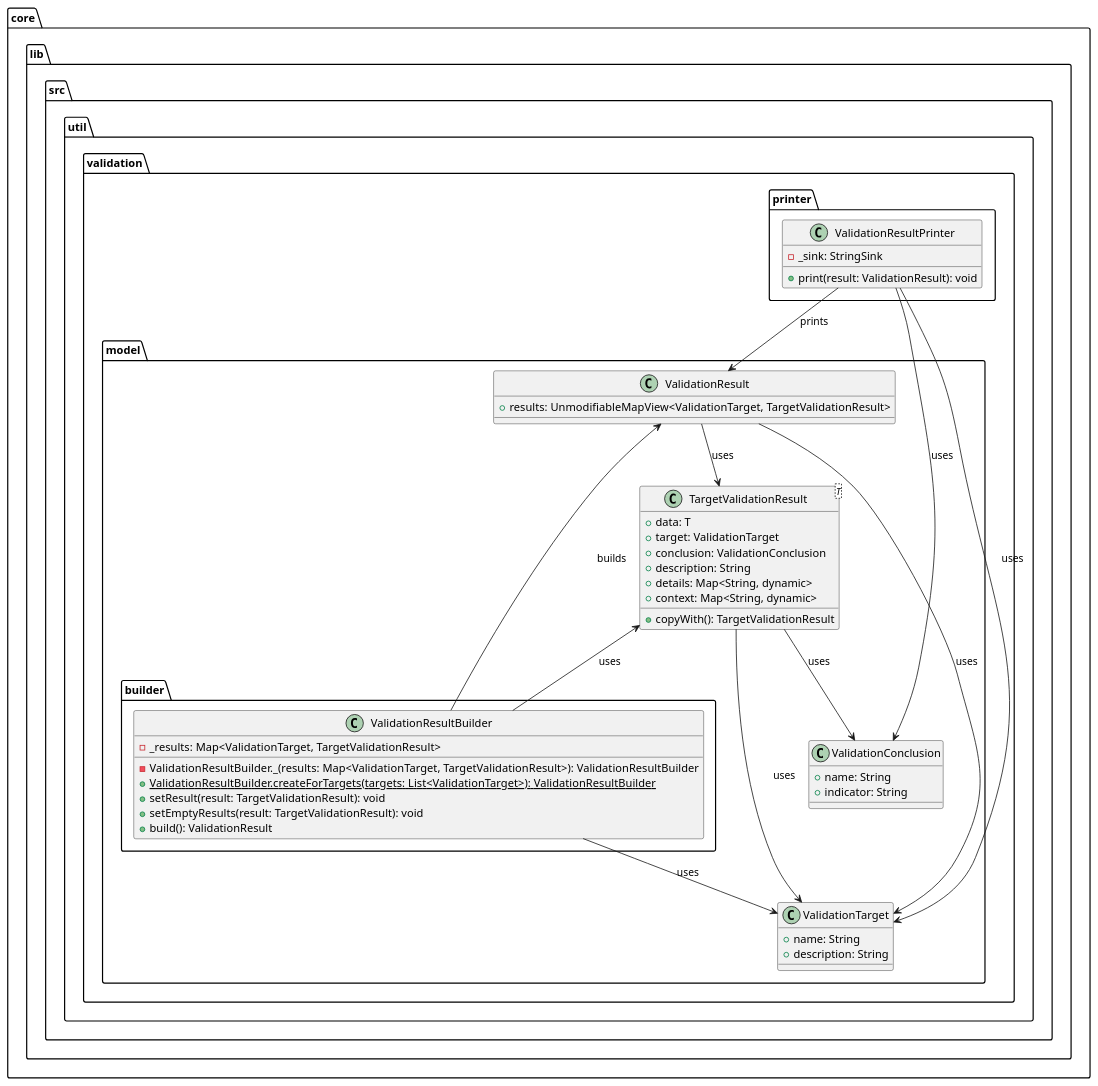
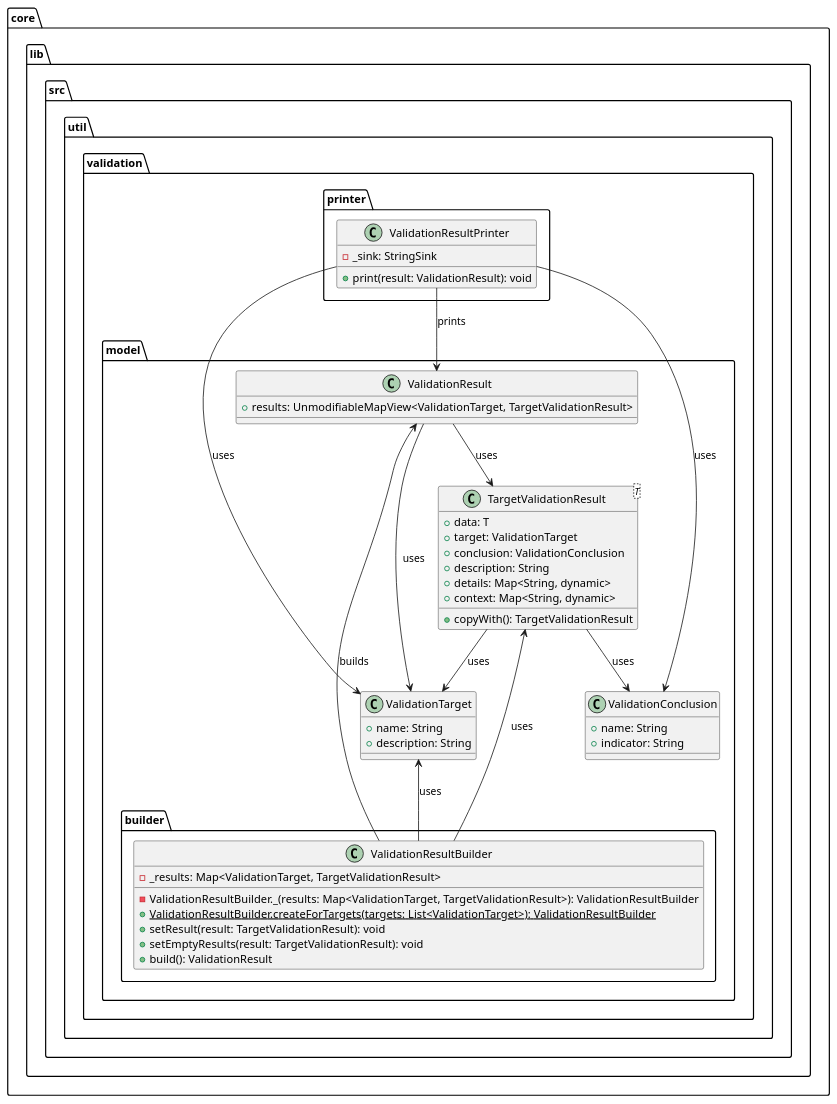
One commit to Flank/flank-dashboard changed the diagram in metrics/cli/docs/features/doctor_output_improvements/diagrams/validation_class_diagram.puml. Above: the diagram before and after it, drawn with PlantUML.

Commit message:
Improve validation diagram

```diff
--- a/metrics/cli/docs/features/doctor_output_improvements/diagrams/validation_class_diagram.puml
+++ b/metrics/cli/docs/features/doctor_output_improvements/diagrams/validation_class_diagram.puml
@@ -1,66 +1,66 @@
 @startuml validation_output_class_diagram
 
 package core.lib.src.util.validation {
     package model {
         package builder {
             class ValidationResultBuilder {
                 - _results: Map<ValidationTarget, TargetValidationResult>
 
                 - ValidationResultBuilder._(results: Map<ValidationTarget, TargetValidationResult>): ValidationResultBuilder
                 + {static} ValidationResultBuilder.createForTargets(targets: List<ValidationTarget>): ValidationResultBuilder
                 + setResult(result: TargetValidationResult): void
                 + setEmptyResults(result: TargetValidationResult): void
                 + build(): ValidationResult
             }
         }
 
         class ValidationTarget {
             + name: String
             + description: String
         }
 
         class ValidationConclusion {
             + name: String
             + indicator: String
         }
 
         class TargetValidationResult<T> {
             + data: T
             + target: ValidationTarget
             + conclusion: ValidationConclusion
             + description: String
             + details: Map<String, dynamic>
             + context: Map<String, dynamic>
 
             + copyWith(): TargetValidationResult
         }
 
         class ValidationResult{
             + results: UnmodifiableMapView<ValidationTarget, TargetValidationResult>
         }
     }
 
     package printer {
         class ValidationResultPrinter{
             - _sink: StringSink
 
             + print(result: ValidationResult): void
         }
     }
 }
 
 TargetValidationResult --> ValidationTarget : uses
 TargetValidationResult --> ValidationConclusion : uses
 
 ValidationResult --> TargetValidationResult : uses
 ValidationResult --> ValidationTarget : uses
 
 ValidationResultBuilder -up-> ValidationResult : builds
-ValidationResultBuilder --> ValidationTarget : uses
+ValidationResultBuilder -up-> ValidationTarget : uses
 ValidationResultBuilder -up-> TargetValidationResult : uses
 
 ValidationResultPrinter --> ValidationConclusion : uses
 ValidationResultPrinter --> ValidationTarget : uses
 ValidationResultPrinter --> ValidationResult : prints
 
 @enduml
```
